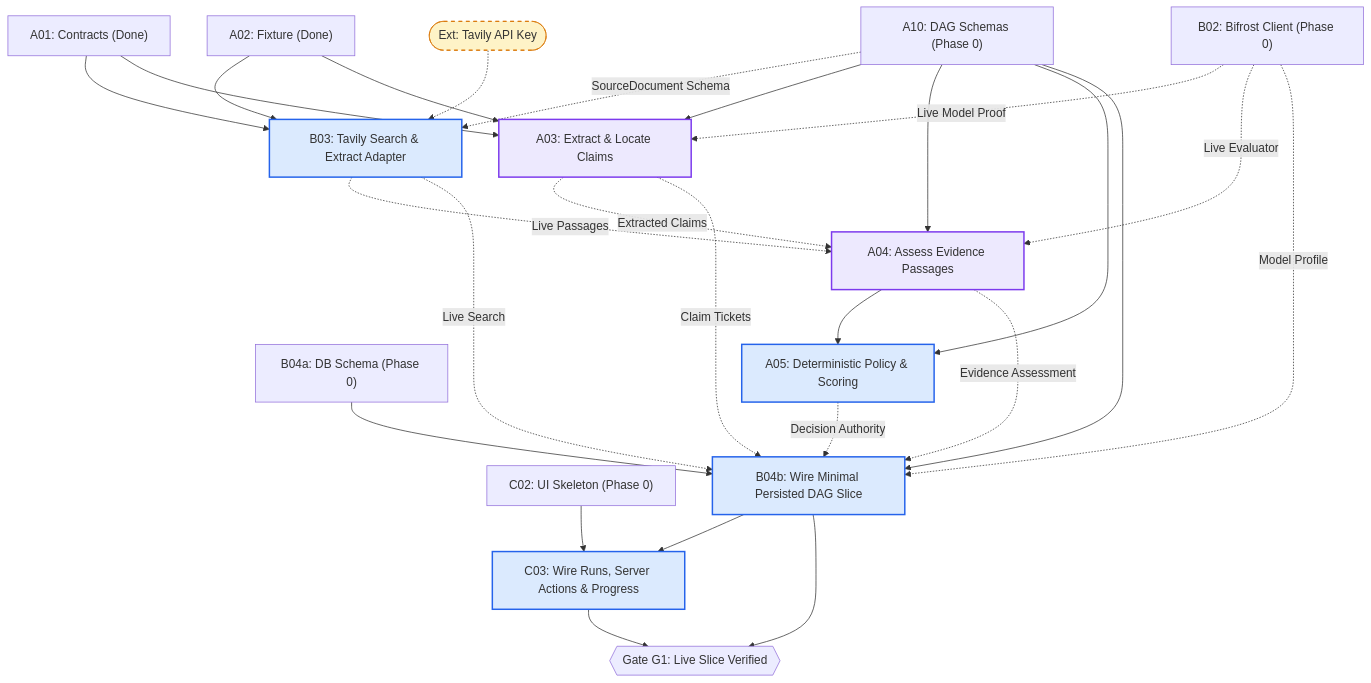
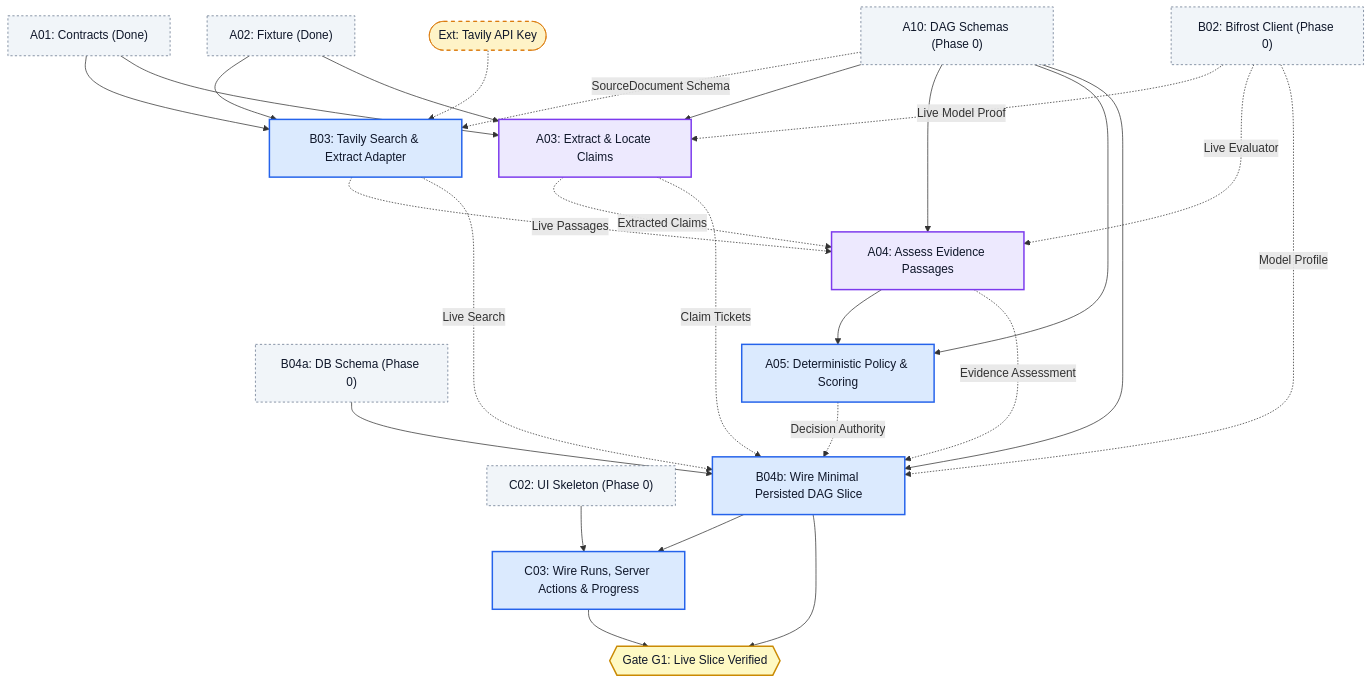
The third of 6 diagrams in docs/PARALLEL-WORK-PLAN.md (Driftaxe/Afterfact), drawn with Mermaid before and after one commit. The commit also changed other lines of this file, not shown here.

Commit message:
docs(diagrams): set dark font color on all light background Mermaid nodes

````diff
--- a/docs/PARALLEL-WORK-PLAN.md
+++ b/docs/PARALLEL-WORK-PLAN.md
@@ -191,57 +192,59 @@
 ```mermaid
 flowchart TD
-    classDef unblocked fill:#dbeafe,stroke:#2563eb,stroke-width:2px;
-    classDef partial fill:#ede9fe,stroke:#7c3aed,stroke-width:2px;
-    classDef external fill:#fef3c7,stroke:#d97706,stroke-width:1px,stroke-dasharray: 5 5;
+    classDef unblocked fill:#dbeafe,stroke:#2563eb,stroke-width:2px,color:#0f172a;
+    classDef partial fill:#ede9fe,stroke:#7c3aed,stroke-width:2px,color:#0f172a;
+    classDef external fill:#fef3c7,stroke:#d97706,stroke-width:1px,stroke-dasharray: 5 5,color:#0f172a;
+    classDef upstream fill:#f1f5f9,stroke:#64748b,stroke-width:1px,stroke-dasharray: 3 3,color:#0f172a;
+    classDef gate fill:#fef9c3,stroke:#ca8a04,stroke-width:2px,color:#0f172a;
 
-    A01["A01: Contracts (Done)"]
-    A02["A02: Fixture (Done)"]
-    A10["A10: DAG Schemas (Phase 0)"]
-    B02["B02: Bifrost Client (Phase 0)"]
-    B04a["B04a: DB Schema (Phase 0)"]
-    C02["C02: UI Skeleton (Phase 0)"]
+    A01["A01: Contracts (Done)"]:::upstream
+    A02["A02: Fixture (Done)"]:::upstream
+    A10["A10: DAG Schemas (Phase 0)"]:::upstream
+    B02["B02: Bifrost Client (Phase 0)"]:::upstream
+    B04a["B04a: DB Schema (Phase 0)"]:::upstream
+    C02["C02: UI Skeleton (Phase 0)"]:::upstream
 
     TavilyKey(["Ext: Tavily API Key"]):::external
     B03["B03: Tavily Search & Extract Adapter"]:::unblocked
 
     A03["A03: Extract & Locate Claims"]:::partial
     A04["A04: Assess Evidence Passages"]:::partial
     A05["A05: Deterministic Policy & Scoring"]:::unblocked
 
     B04b["B04b: Wire Minimal Persisted DAG Slice"]:::unblocked
     C03["C03: Wire Runs, Server Actions & Progress"]:::unblocked
 
-    GateG1{{"Gate G1: Live Slice Verified"}}
+    GateG1{{"Gate G1: Live Slice Verified"}}:::gate
 
     A01 --> B03
     A02 --> B03
     A10 -.->|SourceDocument Schema| B03
     TavilyKey -.-> B03
 
     A01 --> A03
     A02 --> A03
     A10 --> A03
     B02 -.->|Live Model Proof| A03
 
     A10 --> A04
     A03 -.->|Extracted Claims| A04
     B03 -.->|Live Passages| A04
     B02 -.->|Live Evaluator| A04
 
     A04 --> A05
     A10 --> A05
 
     B04a --> B04b
     A10 --> B04b
     B02 -.->|Model Profile| B04b
     B03 -.->|Live Search| B04b
     A03 -.->|Claim Tickets| B04b
     A04 -.->|Evidence Assessment| B04b
     A05 -.->|Decision Authority| B04b
 
     C02 --> C03
     B04b --> C03
 
     B04b --> GateG1
     C03 --> GateG1
 ```
````
